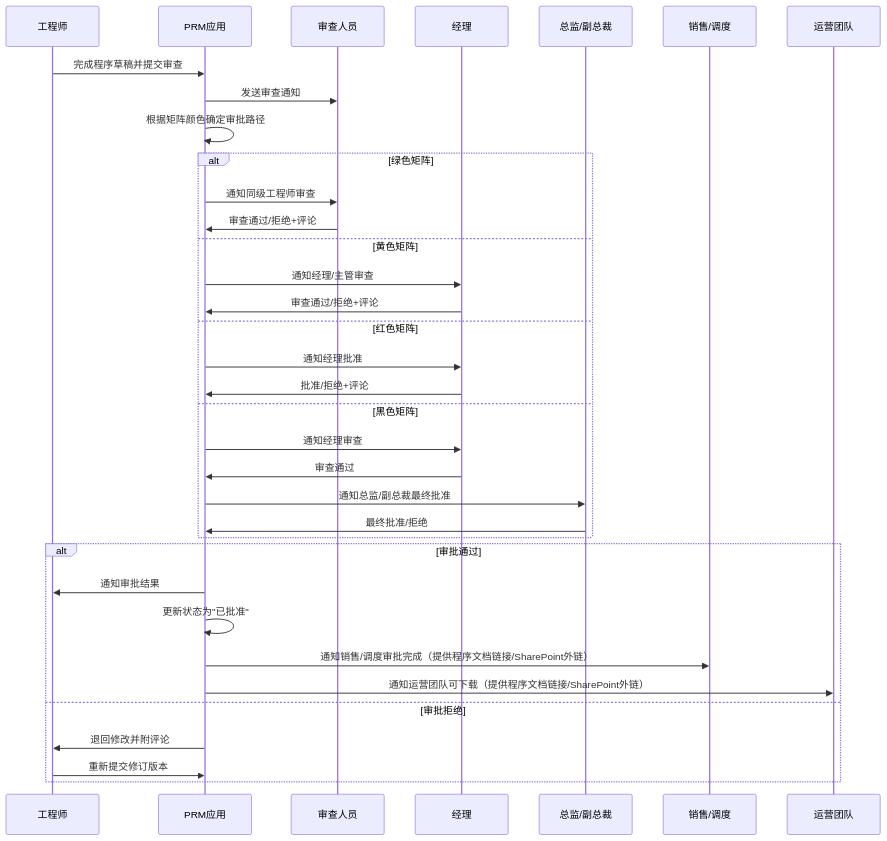
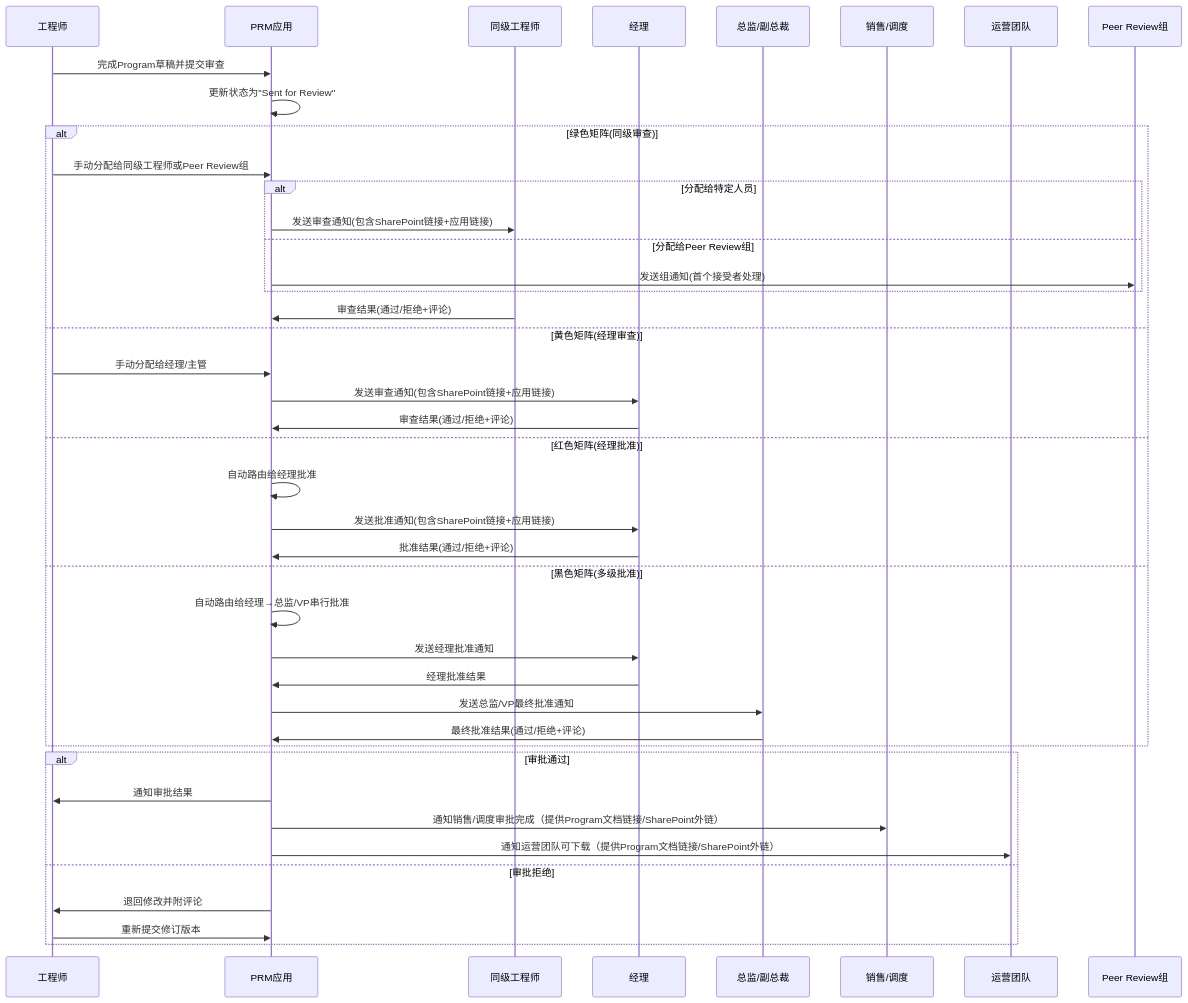
One commit to Sanjel-Energy-Services/eService_WorkItems changed the second of 4 diagrams in Documents/01 - Cementing Service Invitation/03 - Request Job Design/Artifacts/Analysis/02-Design/003-系统用例.md. Above: the diagram before and after it, drawn with Mermaid. The commit also changed other lines of this file and 2 other files, not shown here.

First line of the commit message:
feat: Add Scrum-based project plan and Gantt charts for Program Request Management

````diff
--- a/Documents/01 - Cementing Service Invitation/03 - Request Job Design/Artifacts/Analysis/02-Design/003-系统用例.md
+++ b/Documents/01 - Cementing Service Invitation/03 - Request Job Design/Artifacts/Analysis/02-Design/003-系统用例.md
@@ -29,40 +32,45 @@
 ```mermaid
 sequenceDiagram
-    participant E as 工程师
-    participant FS as PRM应用
-    participant R as 审查人员
-    participant M as 经理
-    participant D as 总监/副总裁
-    participant S as 销售/调度
-    participant O as 运营团队
-    
-    E->>FS: 完成程序草稿并提交审查
-    FS->>R: 发送审查通知
-    FS->>FS: 根据矩阵颜色确定审批路径
-    
-    alt 绿色矩阵
-        FS->>R: 通知同级工程师审查
-        R->>FS: 审查通过/拒绝+评论
-    else 黄色矩阵
-        FS->>M: 通知经理/主管审查
-        M->>FS: 审查通过/拒绝+评论
-    else 红色矩阵
-        FS->>M: 通知经理批准
-        M->>FS: 批准/拒绝+评论
-    else 黑色矩阵
-        FS->>M: 通知经理审查
-        M->>FS: 审查通过
-        FS->>D: 通知总监/副总裁最终批准
-        D->>FS: 最终批准/拒绝
-    end
-    
-    alt 审批通过
-        FS->>E: 通知审批结果
-        FS->>FS: 更新状态为"已批准"
-        FS->>S: 通知销售/调度审批完成（提供程序文档链接/SharePoint外链）
-        FS->>O: 通知运营团队可下载（提供程序文档链接/SharePoint外链）
-    else 审批拒绝
-        FS->>E: 退回修改并附评论
-        E->>FS: 重新提交修订版本
-    end
+participant E as 工程师
+participant FS as PRM应用
+participant E1 as 同级工程师
+participant M as 经理
+participant D as 总监/副总裁
+participant S as 销售/调度
+participant O as 运营团队
+
+E->>FS: 完成Program草稿并提交审查
+FS->>FS: 更新状态为"Sent for Review"
+alt 绿色矩阵(同级审查)
+		E->>FS: 手动分配给同级工程师或Peer Review组
+		alt 分配给特定人员
+				FS->>E1: 发送审查通知(包含SharePoint链接+应用链接)
+		else 分配给Peer Review组
+				FS->>Peer Review组: 发送组通知(首个接受者处理)
+		end
+		E1->>FS: 审查结果(通过/拒绝+评论)
+else 黄色矩阵(经理审查)
+		E->>FS: 手动分配给经理/主管
+		FS->>M: 发送审查通知(包含SharePoint链接+应用链接)
+		M->>FS: 审查结果(通过/拒绝+评论)
+else 红色矩阵(经理批准)
+		FS->>FS: 自动路由给经理批准
+		FS->>M: 发送批准通知(包含SharePoint链接+应用链接)
+		M->>FS: 批准结果(通过/拒绝+评论)
+else 黑色矩阵(多级批准)
+		FS->>FS: 自动路由给经理→总监/VP串行批准
+		FS->>M: 发送经理批准通知
+		M->>FS: 经理批准结果
+		FS->>D: 发送总监/VP最终批准通知
+		D->>FS: 最终批准结果(通过/拒绝+评论)
+end
+
+alt 审批通过
+		FS->>E: 通知审批结果
+		FS->>S: 通知销售/调度审批完成（提供Program文档链接/SharePoint外链）
+		FS->>O: 通知运营团队可下载（提供Program文档链接/SharePoint外链）
+else 审批拒绝
+		FS->>E: 退回修改并附评论
+		E->>FS: 重新提交修订版本
+end
 ```
````
